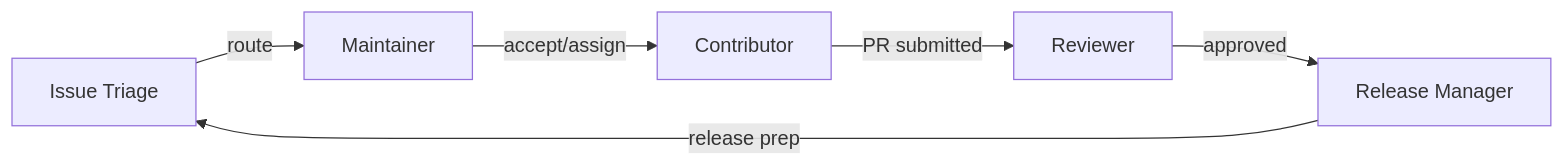
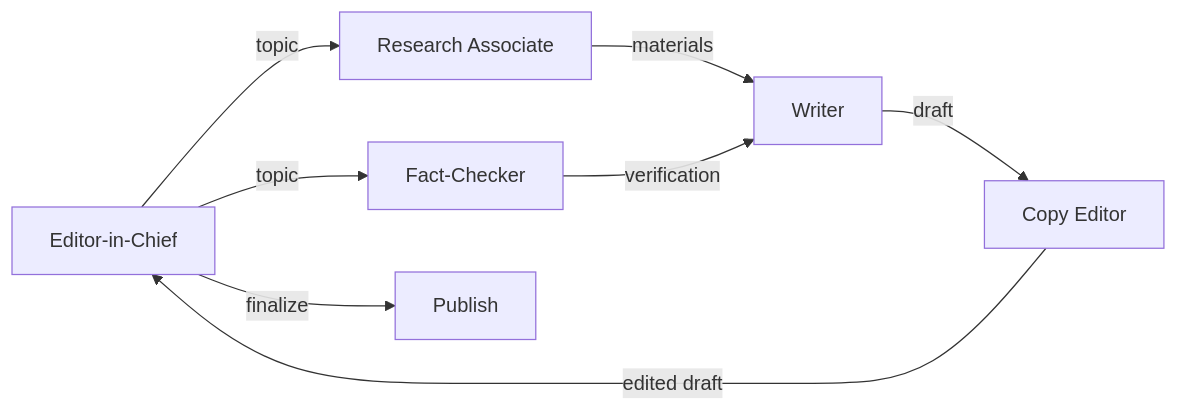
Before and after one commit to icylight/pi-tavern: the fifth of 7 diagrams in README.en.md, drawn with Mermaid. The commit also changed other lines of this file and 1 other file, not shown here.

````diff
--- a/README.en.md
+++ b/README.en.md
@@ -151,8 +158,9 @@
 ```mermaid
 flowchart LR
-    TR["Issue Triage"] -->|"route"| MT["Maintainer"]
-    MT -->|"accept/assign"| CT["Contributor"]
-    CT -->|"PR submitted"| RW["Reviewer"]
-    RW -->|"approved"| RL["Release Manager"]
-    RL -->|"release prep"| TR
+    ED["Editor-in-Chief"] -->|"topic"| RS["Research Associate"] & FC["Fact-Checker"]
+    RS -->|"materials"| AU["Writer"]
+    FC -->|"verification"| AU
+    AU -->|"draft"| CW["Copy Editor"]
+    CW -->|"edited draft"| ED
+    ED -->|"finalize"| PUB["Publish"]
 ```
````
